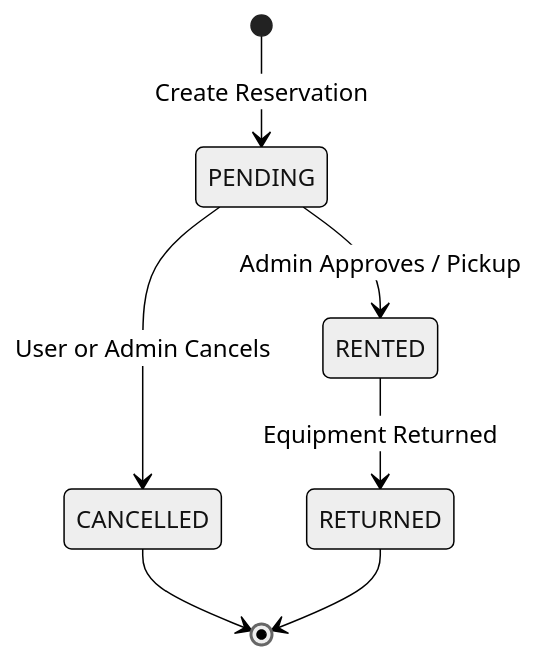
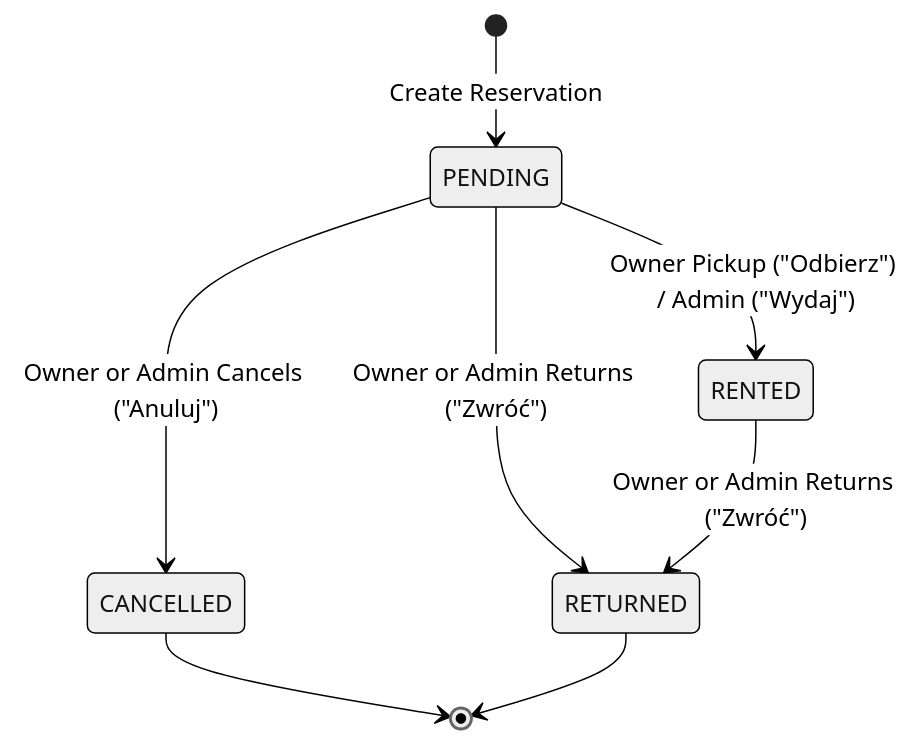
One commit to AKTK-Bystrze/Magazyn changed the second of 3 diagrams in documentation/flows/reservation-flow.md. Above: the diagram before and after it, drawn with Mermaid (neutral theme). The commit also changed other lines of this file and 36 other files, not shown here.

````diff
--- a/documentation/flows/reservation-flow.md
+++ b/documentation/flows/reservation-flow.md
@@ -69,12 +69,13 @@
 ```mermaid
 stateDiagram-v2
     [*] --> PENDING: Create Reservation
 
-    PENDING --> RENTED: Admin Approves / Pickup
-    PENDING --> CANCELLED: User or Admin Cancels
+    PENDING --> RENTED: Owner Pickup ("Odbierz") / Admin ("Wydaj")
+    PENDING --> CANCELLED: Owner or Admin Cancels ("Anuluj")
+    PENDING --> RETURNED: Owner or Admin Returns ("Zwróć")
 
-    RENTED --> RETURNED: Equipment Returned
+    RENTED --> RETURNED: Owner or Admin Returns ("Zwróć")
 
     CANCELLED --> [*]
     RETURNED --> [*]
 ```
````
